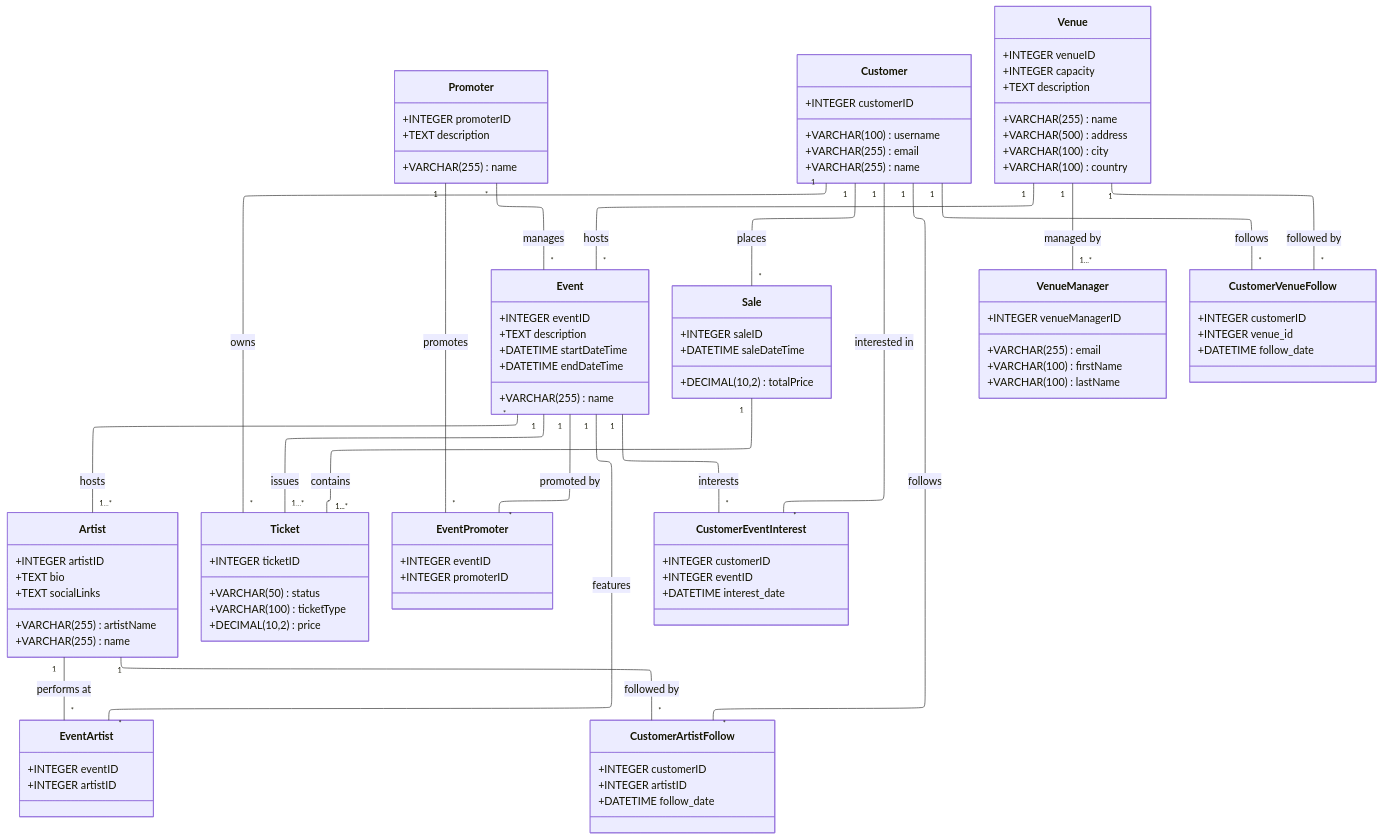
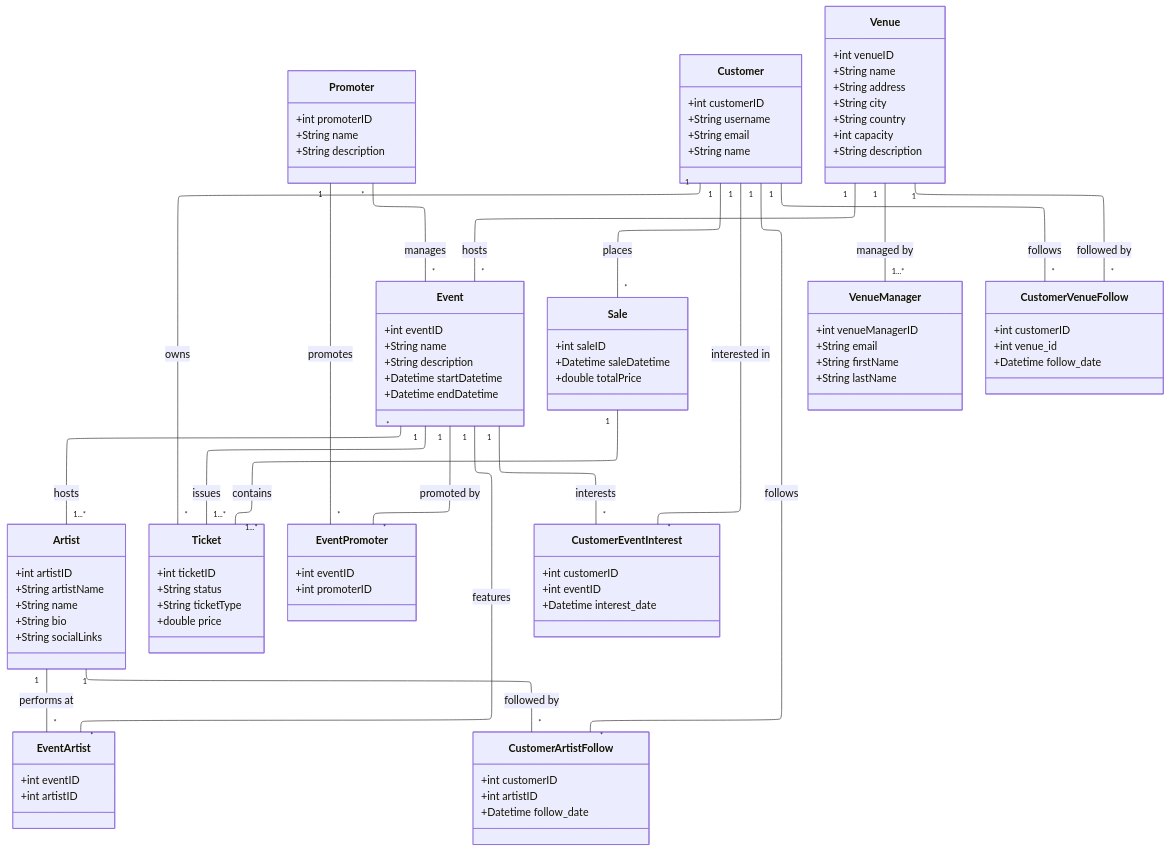
The diagram in logicalERD.md (cris-maillo/synthetix), drawn with Mermaid before and after one commit.

Commit message:
fixed attribute rendering

```diff
--- a/logicalERD.md
+++ b/logicalERD.md
@@ -7,82 +7,82 @@
 ---
 classDiagram
   class Event {
-    +INTEGER eventID
-    +VARCHAR(255) name
-    +TEXT description
-    +DATETIME startDateTime
-    +DATETIME endDateTime
+    +int eventID
+    +String name
+    +String description
+    +Datetime startDatetime
+    +Datetime endDatetime
   }
   class Artist {
-    +INTEGER artistID
-    +VARCHAR(255) artistName
-    +VARCHAR(255) name
-    +TEXT bio
-    +TEXT socialLinks
+    +int artistID
+    +String artistName
+    +String name
+    +String bio
+    +String socialLinks
   }
   class Promoter {
-    +INTEGER promoterID
-    +VARCHAR(255) name
-    +TEXT description
+    +int promoterID
+    +String name
+    +String description
   }
   class Customer {
-    +INTEGER customerID
-    +VARCHAR(100) username
-    +VARCHAR(255) email
-    +VARCHAR(255) name
+    +int customerID
+    +String username
+    +String email
+    +String name
   }
   class Sale {
-    +INTEGER saleID
-    +DATETIME saleDateTime
-    +DECIMAL(10,2) totalPrice
+    +int saleID
+    +Datetime saleDatetime
+    +double totalPrice
   }
   class Ticket {
-    +INTEGER ticketID
-    +VARCHAR(50) status
-    +VARCHAR(100) ticketType
-    +DECIMAL(10,2) price
+    +int ticketID
+    +String status
+    +String ticketType
+    +double price
   }
   class Venue {
-    +INTEGER venueID
-    +VARCHAR(255) name
-    +VARCHAR(500) address
-    +VARCHAR(100) city
-    +VARCHAR(100) country
-    +INTEGER capacity
-    +TEXT description
+    +int venueID
+    +String name
+    +String address
+    +String city
+    +String country
+    +int capacity
+    +String description
   }
   class VenueManager {
-    +INTEGER venueManagerID
-    +VARCHAR(255) email
-    +VARCHAR(100) firstName
-    +VARCHAR(100) lastName
+    +int venueManagerID
+    +String email
+    +String firstName
+    +String lastName
   }
   class EventArtist {
-    +INTEGER eventID
-    +INTEGER artistID
+    +int eventID
+    +int artistID
   }
 
   class EventPromoter {
-    +INTEGER eventID
-    +INTEGER promoterID
+    +int eventID
+    +int promoterID
   }
 
   class CustomerArtistFollow {
-    +INTEGER customerID
-    +INTEGER artistID
-    +DATETIME follow_date
+    +int customerID
+    +int artistID
+    +Datetime follow_date
   }
 
   class CustomerVenueFollow {
-    +INTEGER customerID
-    +INTEGER venue_id
-    +DATETIME follow_date
+    +int customerID
+    +int venue_id
+    +Datetime follow_date
   }
 
   class CustomerEventInterest {
-    +INTEGER customerID
-    +INTEGER eventID
-    +DATETIME interest_date
+    +int customerID
+    +int eventID
+    +Datetime interest_date
   }
   Event "*" -- "1...*" Artist : hosts
   Promoter "*" -- "*" Event : manages
```
